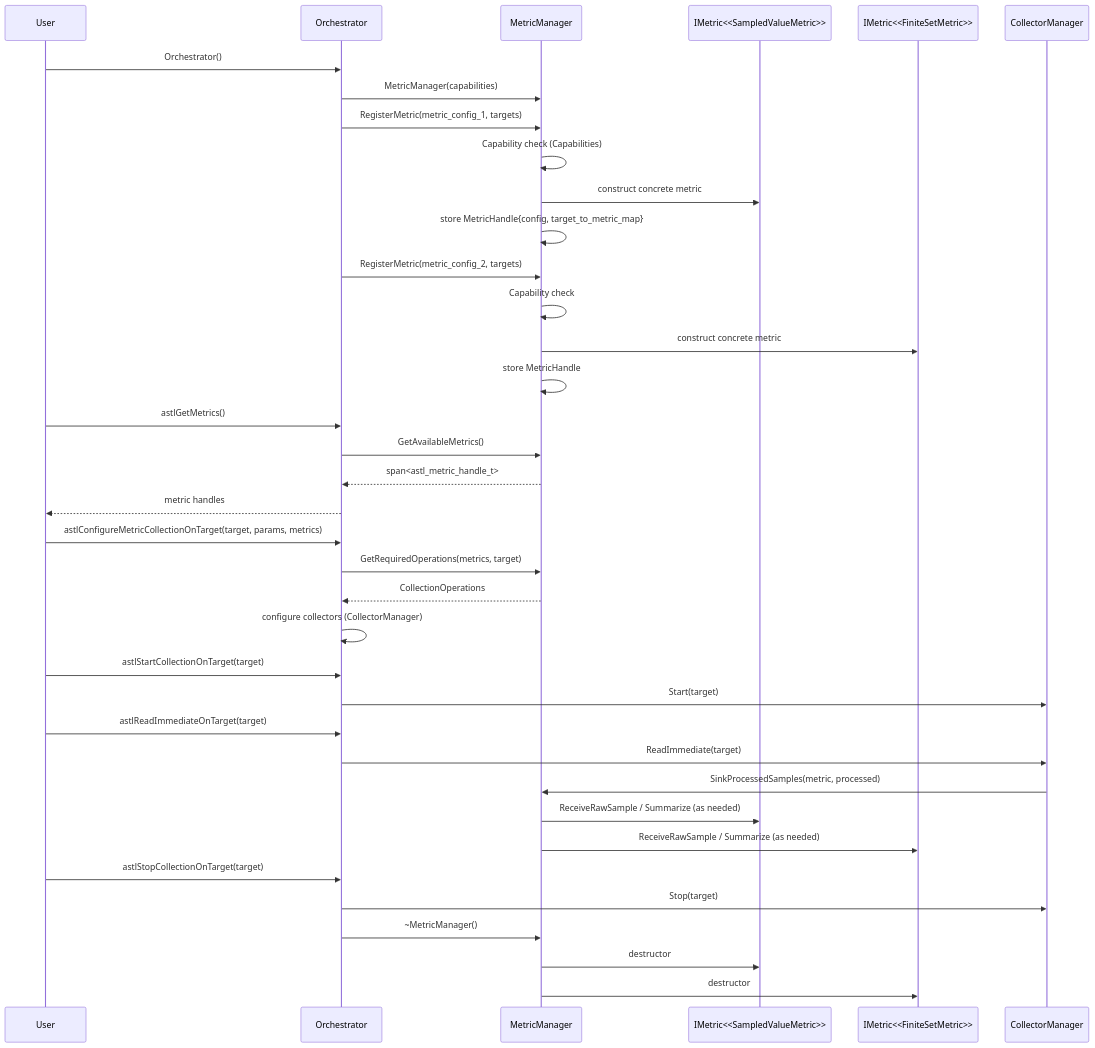
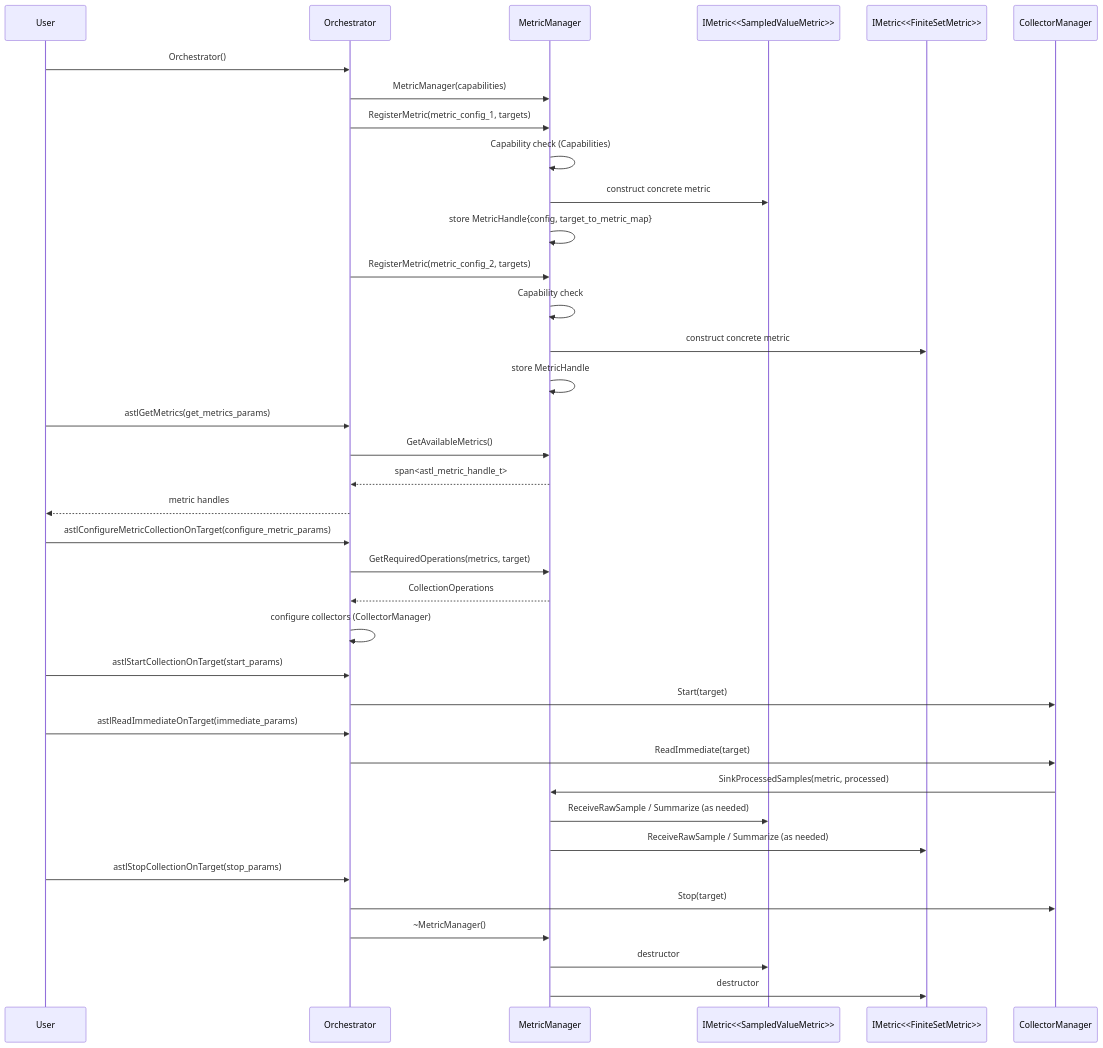
The diagram in doc/design/MetricManager_sequence.mmd (arm/ASTL), drawn with Mermaid before and after one commit. The commit also changed 94 other files, not shown here.

```diff
--- a/doc/design/MetricManager_sequence.mmd
+++ b/doc/design/MetricManager_sequence.mmd
@@ -1,55 +1,55 @@
 %% SPDX-FileCopyrightText: 2026 Arm Limited and/or its affiliates <open-source-office@arm.com>
 %%
 %% SPDX-License-Identifier: Apache-2.0
 
 sequenceDiagram
     %% Participants reflect concrete / interface names in codebase
     participant User
     participant Orchestrator
     participant MetricManager
     participant Metric1 as IMetric<<SampledValueMetric>>
     participant Metric2 as IMetric<<FiniteSetMetric>>
 
     %% Construction
     User->>Orchestrator: Orchestrator()
     Orchestrator->>MetricManager: MetricManager(capabilities)
 
     %% Register first metric configuration
     Orchestrator->>MetricManager: RegisterMetric(metric_config_1, targets)
     MetricManager->>MetricManager: Capability check (Capabilities)
     MetricManager->>Metric1: construct concrete metric
     MetricManager->>MetricManager: store MetricHandle{config, target_to_metric_map}
 
     %% Register second metric configuration (FiniteSetMetric example)
     Orchestrator->>MetricManager: RegisterMetric(metric_config_2, targets)
     MetricManager->>MetricManager: Capability check
     MetricManager->>Metric2: construct concrete metric
     MetricManager->>MetricManager: store MetricHandle
 
     %% Enumeration from public API call (astlGetMetrics -> GetAvailableMetrics)
-    User->>Orchestrator: astlGetMetrics()
+    User->>Orchestrator: astlGetMetrics(get_metrics_params)
     Orchestrator->>MetricManager: GetAvailableMetrics()
     MetricManager-->>Orchestrator: span<astl_metric_handle_t>
     Orchestrator-->>User: metric handles
 
     %% Build required operations for a target prior to collection
-    User->>Orchestrator: astlConfigureMetricCollectionOnTarget(target, params, metrics)
+    User->>Orchestrator: astlConfigureMetricCollectionOnTarget(configure_metric_params)
     Orchestrator->>MetricManager: GetRequiredOperations(metrics, target)
     MetricManager-->>Orchestrator: CollectionOperations
     Orchestrator->>Orchestrator: configure collectors (CollectorManager)
 
     %% Collection lifecycle (simplified)
-    User->>Orchestrator: astlStartCollectionOnTarget(target)
+    User->>Orchestrator: astlStartCollectionOnTarget(start_params)
     Orchestrator->>CollectorManager: Start(target)
-    User->>Orchestrator: astlReadImmediateOnTarget(target)
+    User->>Orchestrator: astlReadImmediateOnTarget(immediate_params)
     Orchestrator->>CollectorManager: ReadImmediate(target)
     CollectorManager->>MetricManager: SinkProcessedSamples(metric, processed)
     MetricManager->>Metric1: ReceiveRawSample / Summarize (as needed)
     MetricManager->>Metric2: ReceiveRawSample / Summarize (as needed)
-    User->>Orchestrator: astlStopCollectionOnTarget(target)
+    User->>Orchestrator: astlStopCollectionOnTarget(stop_params)
     Orchestrator->>CollectorManager: Stop(target)
 
     %% Destruction
     Orchestrator->>MetricManager: ~MetricManager()
     MetricManager->>Metric1: destructor
     MetricManager->>Metric2: destructor
```
